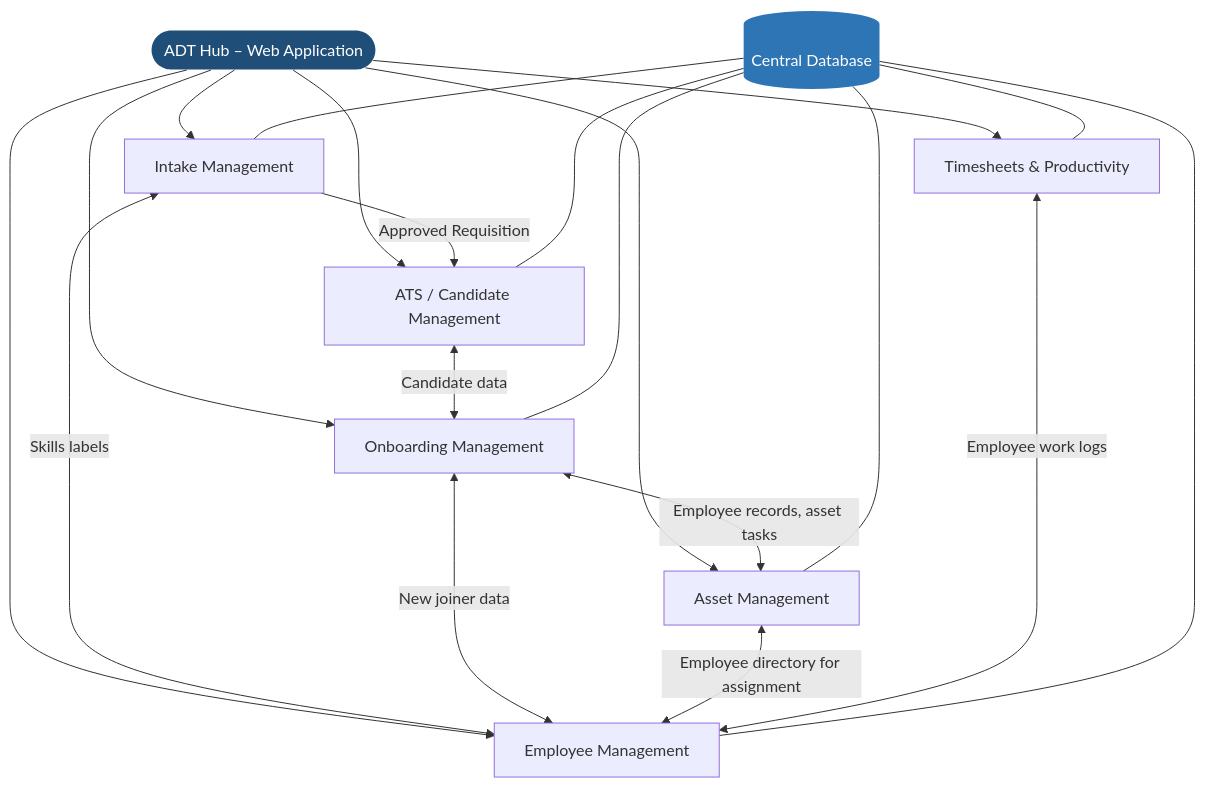
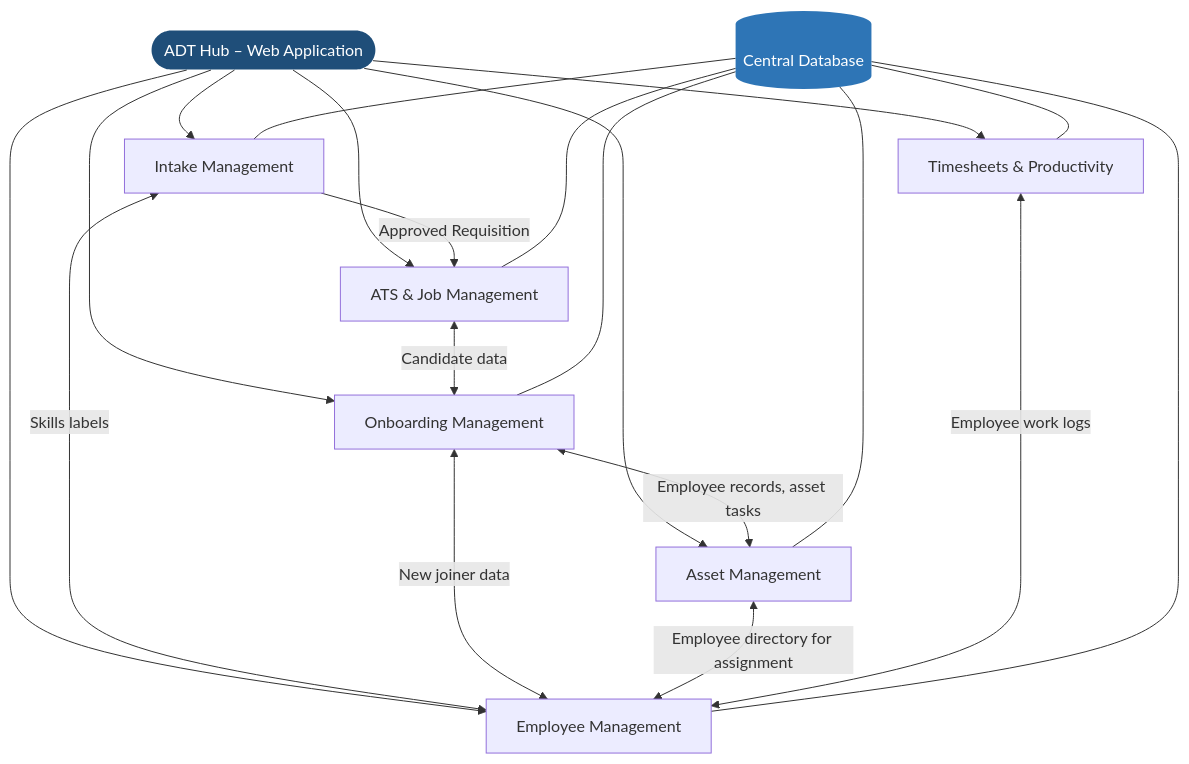
One commit to ATDawnTech/HubV2 changed the first of 17 diagrams in docs/ADT_Hub_Spec_Plan.md. Above: the diagram before and after it, drawn with Mermaid. The commit also changed other lines of this file, not shown here.

Commit message:
docs: Refine Epic 2 to focus on ATS & Job Management and Intake integration

````diff
--- a/docs/ADT_Hub_Spec_Plan.md
+++ b/docs/ADT_Hub_Spec_Plan.md
@@ -17,27 +17,27 @@
 ```mermaid
 graph TD
     Nav([ADT Hub – Web Application]) --> E1[Intake Management]
-    Nav --> E2[ATS / Candidate Management]
+    Nav --> E2[ATS & Job Management]
     Nav --> E3[Onboarding Management]
     Nav --> E4[Asset Management]
     Nav --> E5[Employee Management]
     Nav --> E6[Timesheets & Productivity]
 
     E1 <-->|Skills labels| E5
     E1 -->|Approved Requisition| E2
     E2 <-->|Candidate data| E3
     E3 <-->|Employee records, asset tasks| E4
     E3 <-->|New joiner data| E5
     E4 <-->|Employee directory for assignment| E5
     E6 <-->|Employee work logs| E5
 
     DB[(Central Database)] --- E1
     DB --- E2
     DB --- E3
     DB --- E4
     DB --- E5
     DB --- E6
 
     style Nav fill:#1F4E79,color:#fff,stroke:none
     style DB fill:#2E75B6,color:#fff,stroke:none
 ```
````
